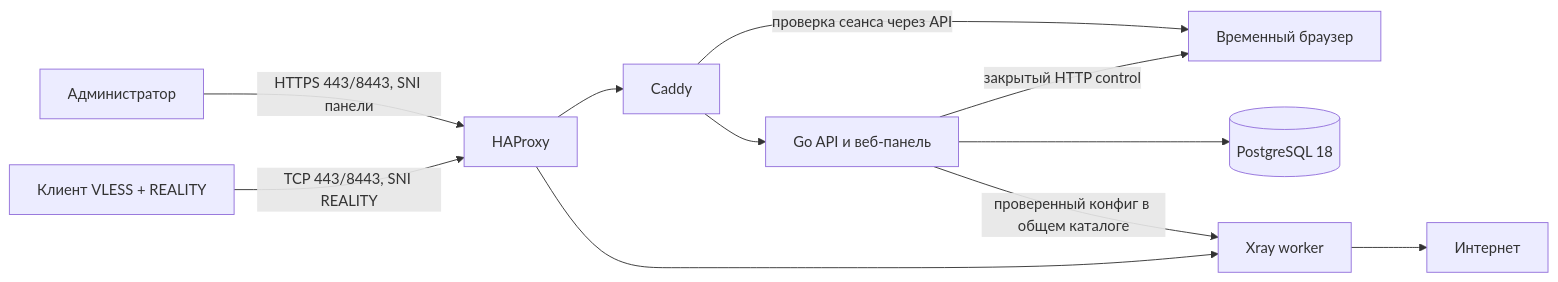
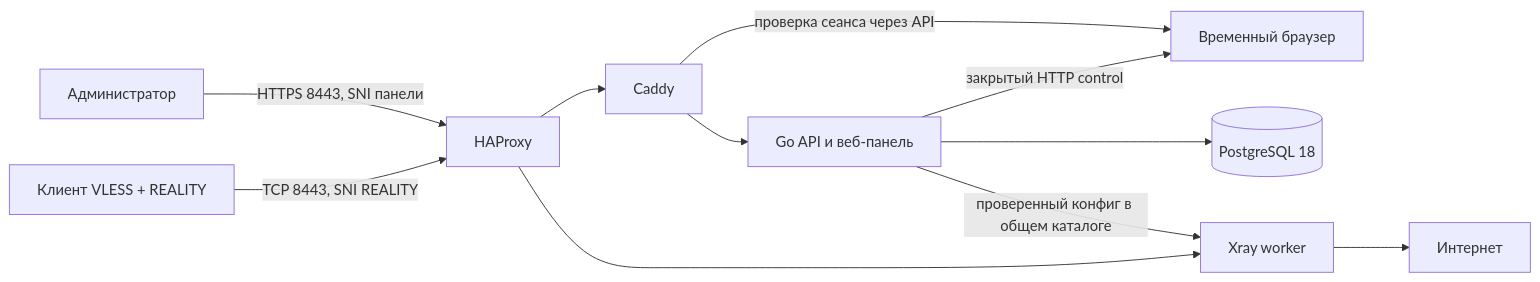
One commit to rvburov/private-gateway changed the diagram in docs/architecture.md. Above: the diagram before and after it, drawn with Mermaid. The commit also changed other lines of this file and 33 other files, not shown here.

````diff
--- a/docs/architecture.md
+++ b/docs/architecture.md
@@ -5,13 +5,13 @@
 ```mermaid
 flowchart LR
-    Admin[Администратор] -->|HTTPS 443/8443, SNI панели| Edge[HAProxy]
+    Admin[Администратор] -->|HTTPS 8443, SNI панели| Edge[HAProxy]
     Edge --> Caddy
     Caddy --> API[Go API и веб-панель]
     Caddy -->|проверка сеанса через API| Browser[Временный браузер]
     API --> DB[(PostgreSQL 18)]
     API -->|проверенный конфиг в общем каталоге| Xray[Xray worker]
     API -->|закрытый HTTP control| Browser
-    Client["Клиент VLESS + REALITY"] -->|TCP 443/8443, SNI REALITY| Edge
+    Client["Клиент VLESS + REALITY"] -->|TCP 8443, SNI REALITY| Edge
     Edge --> Xray
     Xray --> Internet[Интернет]
 ```
````
